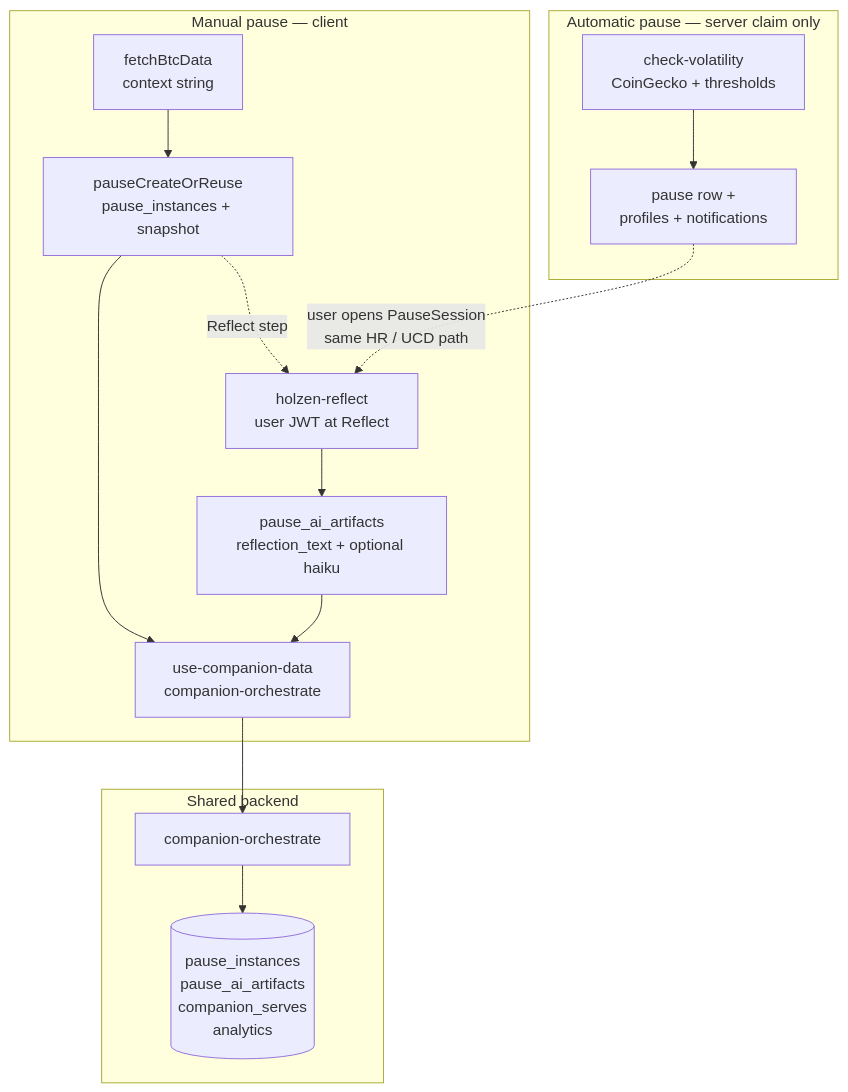
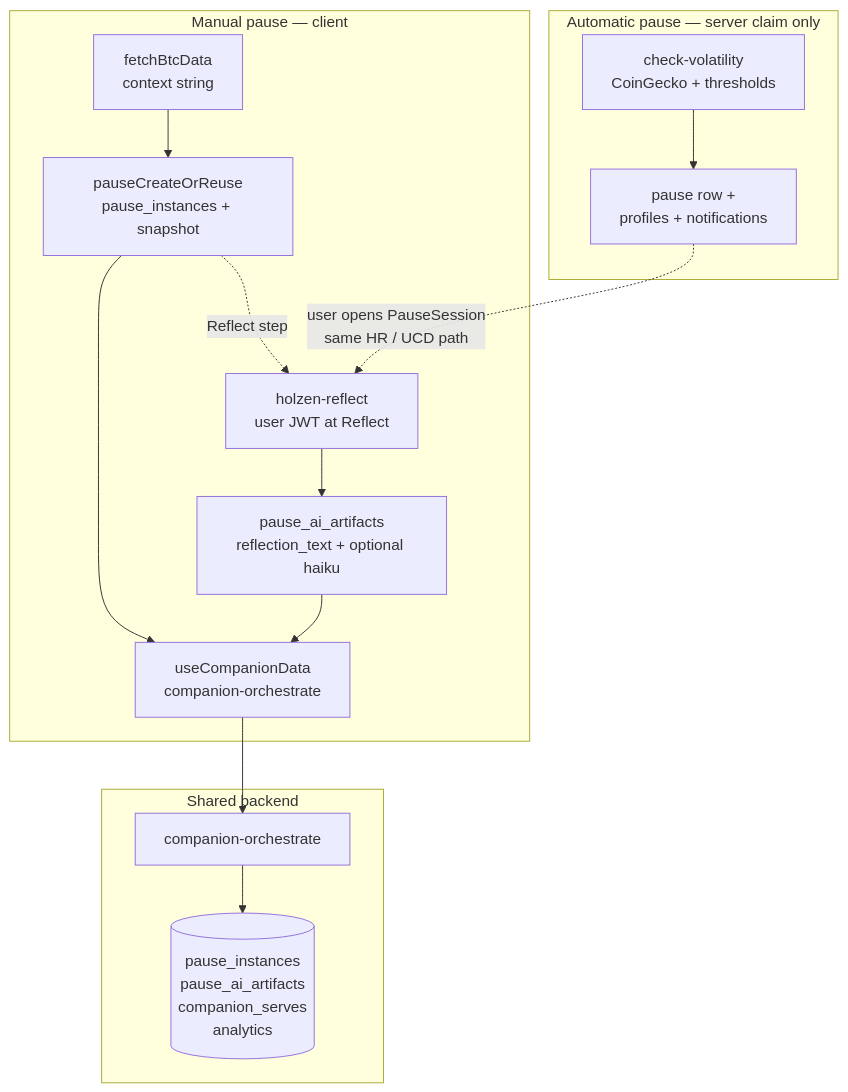
One commit to Angelguirao/holzen changed the second of 5 diagrams in docs/systems/pause/ai-powered-pause-system.md. Above: the diagram before and after it, drawn with Mermaid. The commit also changed other lines of this file, not shown here.

````diff
--- a/docs/systems/pause/ai-powered-pause-system.md
+++ b/docs/systems/pause/ai-powered-pause-system.md
@@ -224,25 +224,25 @@
 ```mermaid
 flowchart TB
   subgraph MANUAL [Manual pause — client]
     BTC[fetchBtcData\ncontext string]
     POC[pauseCreateOrReuse\npause_instances + snapshot]
     HR[holzen-reflect\nuser JWT at Reflect]
     INS[pause_ai_artifacts\nreflection_text + optional haiku]
-    UCD[use-companion-data\ncompanion-orchestrate]
+    UCD[useCompanionData\ncompanion-orchestrate]
     BTC --> POC --> UCD
     POC -. Reflect step .-> HR
     HR --> INS --> UCD
   end
   subgraph AUTO [Automatic pause — server claim only]
     CV[check-volatility\nCoinGecko + thresholds]
     ROWA[pause row +\nprofiles + notifications]
     CV --> ROWA
   end
   subgraph SHARED [Shared backend]
     ORCH[companion-orchestrate]
     ROW[(pause_instances\npause_ai_artifacts\ncompanion_serves\nanalytics)]
   end
   UCD --> ORCH
   ROWA -. user opens PauseSession\nsame HR / UCD path .-> HR
   ORCH --> ROW
 ```
````
